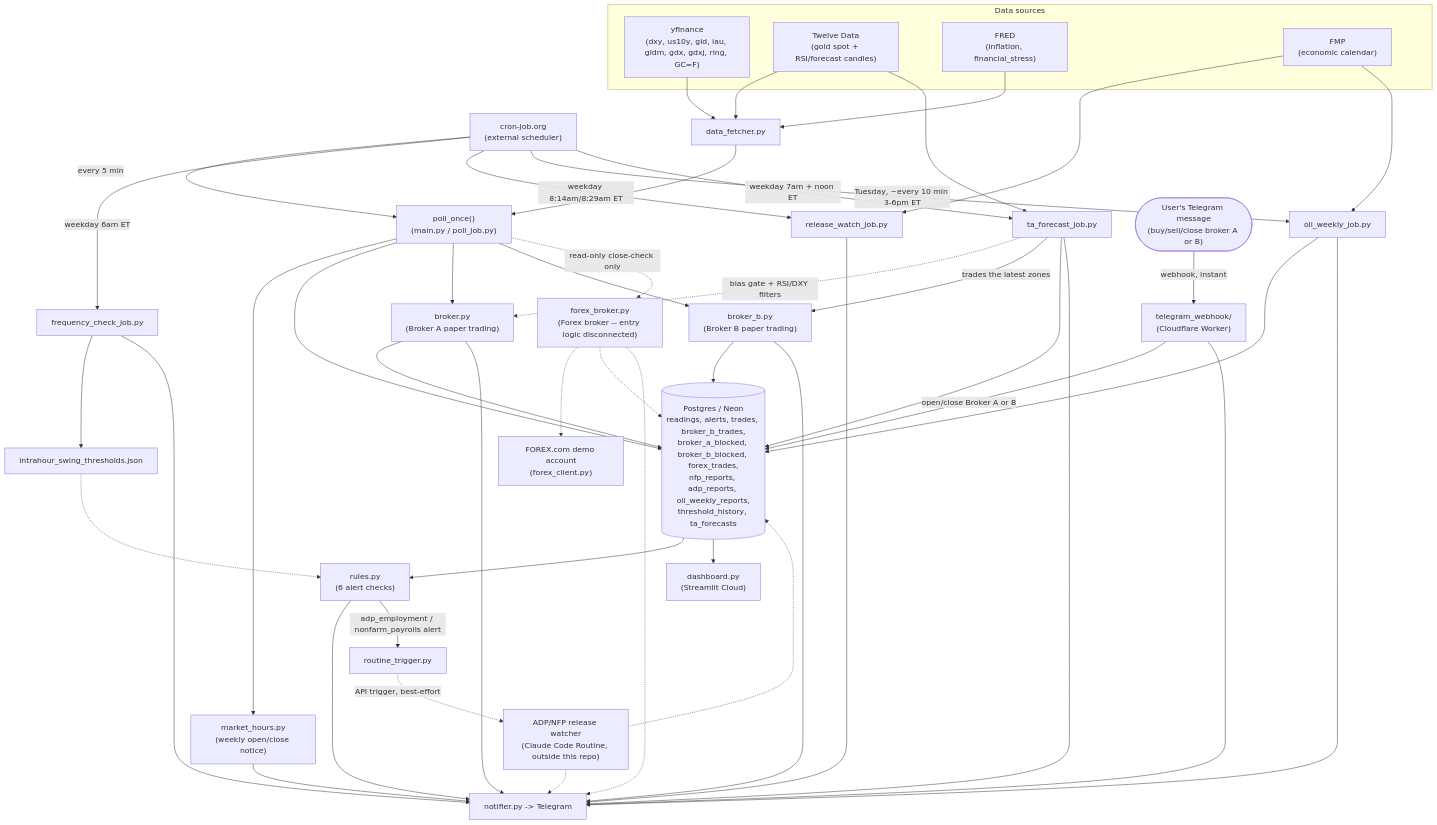
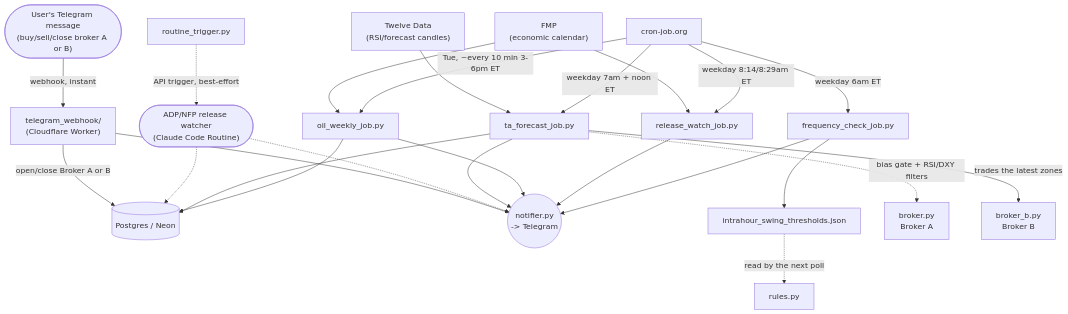
One commit to Armada86/goldo changed the second of 2 diagrams in docs/diagram.md. Above: the diagram before and after it, drawn with Mermaid.

Commit message:
Split diagram.md into two diagrams to reduce edge clutter
Postgres and Telegram are hubs with roughly 15 edges each when every
node lives in one flowchart, which is what actually caused the messy
long crossing lines the user saw on GitHub (the earlier TD-only fix
rendered without syntax errors, but a single 20+ node hub-and-spoke
graph is inherently cluttered regardless of layout direction).
Splits it into the 5-minute poll cycle and everything else
(independently scheduled jobs, the paper-trading engines' shared
inputs, and the inbound Telegram path), each sharing Postgres/
Telegram as common endpoints -- same nodes and edges as before, just
spread across two smaller diagrams.

Claude-Session: https://claude.ai/code/session_01D9p6mR2GdzUJCyaSJdTBCT

````diff
--- a/docs/diagram.md
+++ b/docs/diagram.md
@@ -6,66 +51,34 @@
 ```mermaid
 flowchart TD
-    subgraph Sources["Data sources"]
-        YF["yfinance\n(dxy, us10y, gld, iau, gldm, gdx, gdxj, ring, GC=F)"]
-        TD["Twelve Data\n(gold spot + RSI/forecast candles)"]
-        FRED["FRED\n(inflation, financial_stress)"]
-        FMP["FMP\n(economic calendar)"]
-    end
+    Cron["cron-job.org"]
+    FMP["FMP\n(economic calendar)"]
+    TD2["Twelve Data\n(RSI/forecast candles)"]
+    DB[("Postgres / Neon")]
+    Telegram(("notifier.py\n-> Telegram"))
 
-    Cron["cron-job.org\n(external scheduler)"]
-    Cron -->|every 5 min| Poll
     Cron -->|weekday 6am ET| FreqCheck["frequency_check_job.py"]
-    Cron -->|weekday 8:14am/8:29am ET| ReleaseWatch["release_watch_job.py"]
-    Cron -->|Tuesday, ~every 10 min 3-6pm ET| OilWeekly["oil_weekly_job.py"]
+    FreqCheck --> Thresholds["intrahour_swing_thresholds.json"]
+    FreqCheck --> Telegram
+    Thresholds -.->|read by the next poll| Rules["rules.py"]
+
+    Cron -->|weekday 8:14/8:29am ET| ReleaseWatch["release_watch_job.py"]
+    FMP --> ReleaseWatch --> Telegram
+
+    Cron -->|Tue, ~every 10 min 3-6pm ET| OilWeekly["oil_weekly_job.py"]
+    FMP --> OilWeekly --> DB
+    OilWeekly --> Telegram
+
     Cron -->|weekday 7am + noon ET| TAForecast["ta_forecast_job.py"]
+    TD2 --> TAForecast --> DB
+    TAForecast --> Telegram
+    TAForecast -.->|bias gate + RSI/DXY filters| BrokerA["broker.py\nBroker A"]
+    TAForecast -->|trades the latest zones| BrokerB["broker_b.py\nBroker B"]
 
-    YF --> Fetcher["data_fetcher.py"]
-    TD --> Fetcher
-    FRED --> Fetcher
-    Fetcher --> Poll["poll_once()\n(main.py / poll_job.py)"]
-    Poll --> MarketHours["market_hours.py\n(weekly open/close notice)"]
-    MarketHours --> Telegram["notifier.py -> Telegram"]
-    Poll --> DB[("Postgres / Neon\nreadings, alerts, trades, broker_b_trades,\nbroker_a_blocked, broker_b_blocked, forex_trades,\nnfp_reports, adp_reports, oil_weekly_reports,\nthreshold_history, ta_forecasts")]
-    DB --> Rules["rules.py\n(6 alert checks)"]
-    Rules --> Telegram
-    Rules -->|adp_employment / nonfarm_payrolls alert| RoutineTrigger["routine_trigger.py"]
-    RoutineTrigger -.->|API trigger, best-effort| Routine["ADP/NFP release watcher\n(Claude Code Routine, outside this repo)"]
+    RoutineTrigger["routine_trigger.py"] -.->|API trigger, best-effort| Routine(["ADP/NFP release watcher\n(Claude Code Routine)"])
     Routine -.-> DB
     Routine -.-> Telegram
-
-    Poll --> BrokerA["broker.py\n(Broker A paper trading)"]
-    TAForecast -.->|bias gate + RSI/DXY filters| BrokerA
-    BrokerA --> DB
-    BrokerA --> Telegram
-
-    Poll --> BrokerB["broker_b.py\n(Broker B paper trading)"]
-    TAForecast -->|trades the latest zones| BrokerB
-    BrokerB --> DB
-    BrokerB --> Telegram
-
-    Poll -.->|read-only close-check only| ForexBroker["forex_broker.py\n(Forex broker -- entry logic disconnected)"]
-    ForexBroker -.-> ForexAPI["FOREX.com demo account\n(forex_client.py)"]
-    ForexBroker -.-> DB
-    ForexBroker -.-> Telegram
 
     TelegramUser(["User's Telegram message\n(buy/sell/close broker A or B)"]) -->|webhook, instant| Worker["telegram_webhook/\n(Cloudflare Worker)"]
     Worker -->|open/close Broker A or B| DB
     Worker --> Telegram
-
-    DB --> Dashboard["dashboard.py\n(Streamlit Cloud)"]
-
-    FreqCheck --> Thresholds["intrahour_swing_thresholds.json"]
-    FreqCheck --> Telegram
-    Thresholds -.-> Rules
-
-    FMP --> ReleaseWatch
-    ReleaseWatch --> Telegram
-
-    FMP --> OilWeekly
-    OilWeekly --> DB
-    OilWeekly --> Telegram
-
-    TD --> TAForecast
-    TAForecast --> DB
-    TAForecast --> Telegram
 ```
````
